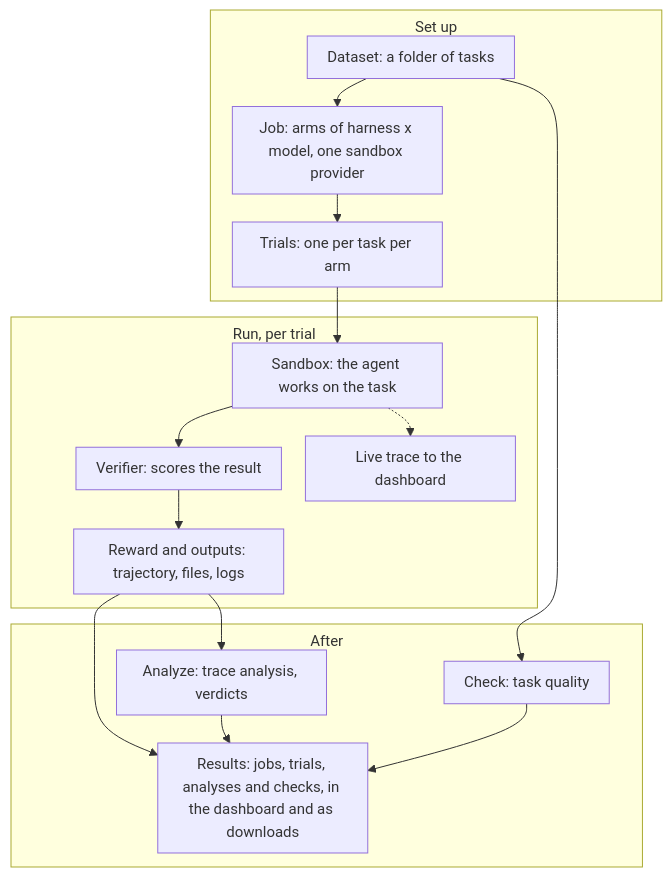
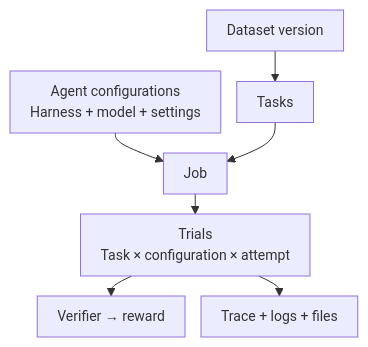
Before and after one commit to evolving-machines-lab/evolve: the diagram in docs-evals/core-concepts/index.mdx, drawn with Mermaid. The commit also changed other lines of this file and 235 other files, not shown here.

````diff
--- a/docs-evals/core-concepts/index.mdx
+++ b/docs-evals/core-concepts/index.mdx
@@ -6,25 +8,10 @@
 ```mermaid
-%%{init: {"themeVariables": {"fontSize": "15px", "fontFamily": "Google Sans Flex, sans-serif"}, "flowchart": {"nodeSpacing": 24, "rankSpacing": 28, "padding": 10, "wrappingWidth": 170, "subGraphTitleMargin": {"top": 6, "bottom": 6}}}}%%
-flowchart TB
-  subgraph S[Set up]
-    D[Dataset: a folder of tasks] --> J[Job: arms of harness x model, one sandbox provider]
-    J --> T[Trials: one per task per arm]
-  end
-  subgraph RUN[Run, per trial]
-    SB[Sandbox: the agent works on the task] --> V[Verifier: scores the result]
-    SB -.-> L[Live trace to the dashboard]
-    V --> R[Reward and outputs: trajectory, files, logs]
-  end
-  subgraph AFTER[After]
-    AN[Analyze: trace analysis, verdicts]
-    C[Check: task quality]
-    O[Results: jobs, trials, analyses and checks, in the dashboard and as downloads]
-  end
-  T --> SB
-  R --> AN
-  D --> C
-  R ~~~ C
-  R --> O
-  AN --> O
-  C --> O
+%%{init: {"flowchart": {"nodeSpacing": 16, "rankSpacing": 20, "padding": 10}, "themeVariables": {"fontSize": "14px", "fontFamily": "Google Sans Flex, sans-serif"}}}%%
+flowchart TD
+  D["Dataset version"] --> T["Tasks"]
+  A["Agent configurations<br/>Harness + model + settings"] --> J["Job"]
+  T --> J
+  J --> R["Trials<br/>Task × configuration × attempt"]
+  R --> V["Verifier → reward"]
+  R --> F["Trace + logs + files"]
 ```
````
